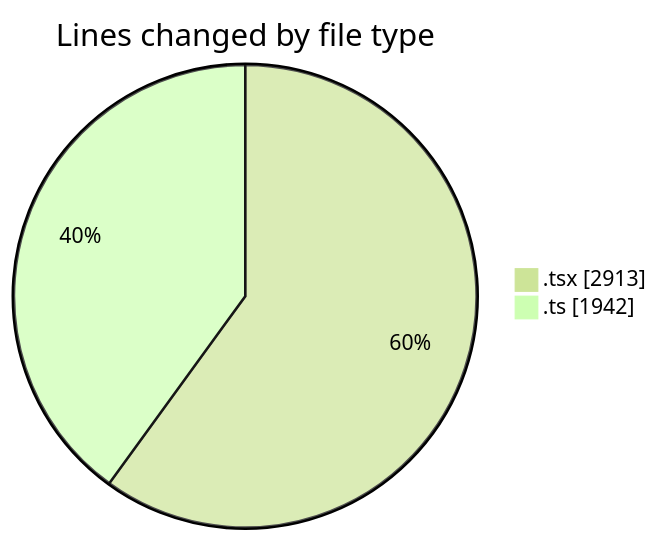
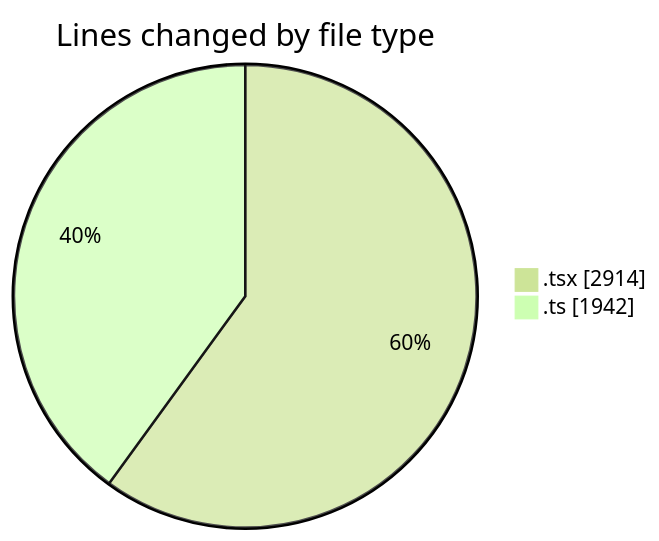
One commit to nxtqubesakshisongat/code-tracking changed the first of 2 diagrams in 2026-02-20/nxtqube_webapp/README.md. Above: the diagram before and after it, drawn with Mermaid (forest theme). The commit also changed other lines of this file and 1 other file, not shown here.

````diff
--- a/2026-02-20/nxtqube_webapp/README.md
+++ b/2026-02-20/nxtqube_webapp/README.md
@@ -31,6 +31,6 @@
 ```mermaid
 pie showData
 title Lines changed by file type
-".tsx" : 2913
+".tsx" : 2914
 ".ts" : 1942
 ```
````
